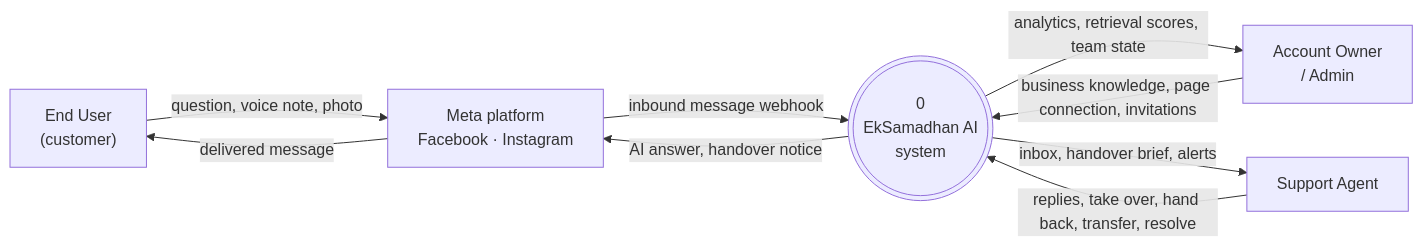
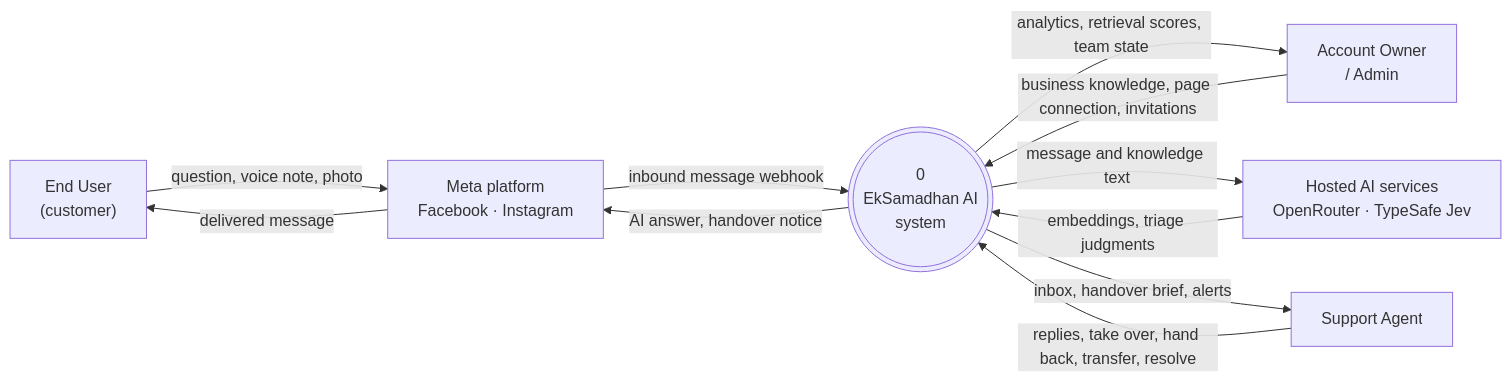
The diagram in docs/system-design/new-system-design/workflow-diagram/level-0-data-flow-diagram/README.md (SayubShakya/eksamadhan-ai), drawn with Mermaid before and after one commit. The commit also changed other lines of this file and 38 other files, not shown here.

Commit message:
docs: updated system design diagram

````diff
--- a/docs/system-design/new-system-design/workflow-diagram/level-0-data-flow-diagram/README.md
+++ b/docs/system-design/new-system-design/workflow-diagram/level-0-data-flow-diagram/README.md
@@ -11,20 +11,24 @@
 ```mermaid
 flowchart LR
     customer["End User<br/>(customer)"]
     agent["Support Agent"]
     admin["Account Owner<br/>/ Admin"]
     meta["Meta platform<br/>Facebook · Instagram"]
+    hosted["Hosted AI services<br/>OpenRouter · TypeSafe Jev"]
 
     system((("0<br/>EkSamadhan AI<br/>system")))
 
     customer -->|"question, voice note, photo"| meta
     meta -->|"inbound message webhook"| system
     system -->|"AI answer, handover notice"| meta
     meta -->|"delivered message"| customer
 
     admin -->|"business knowledge, page connection, invitations"| system
     system -->|"analytics, retrieval scores, team state"| admin
 
     agent -->|"replies, take over, hand back, transfer, resolve"| system
+
+    system -->|"message and knowledge text"| hosted
+    hosted -->|"embeddings, triage judgments"| system
     system -->|"inbox, handover brief, alerts"| agent
 ```
````
